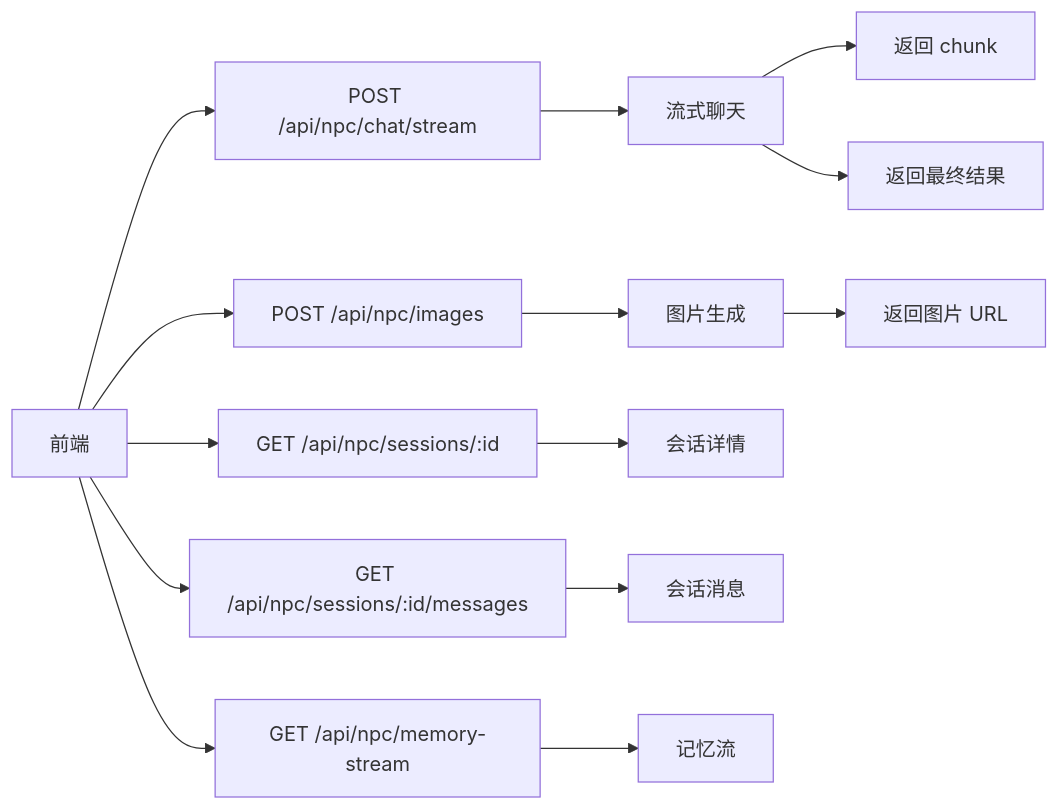
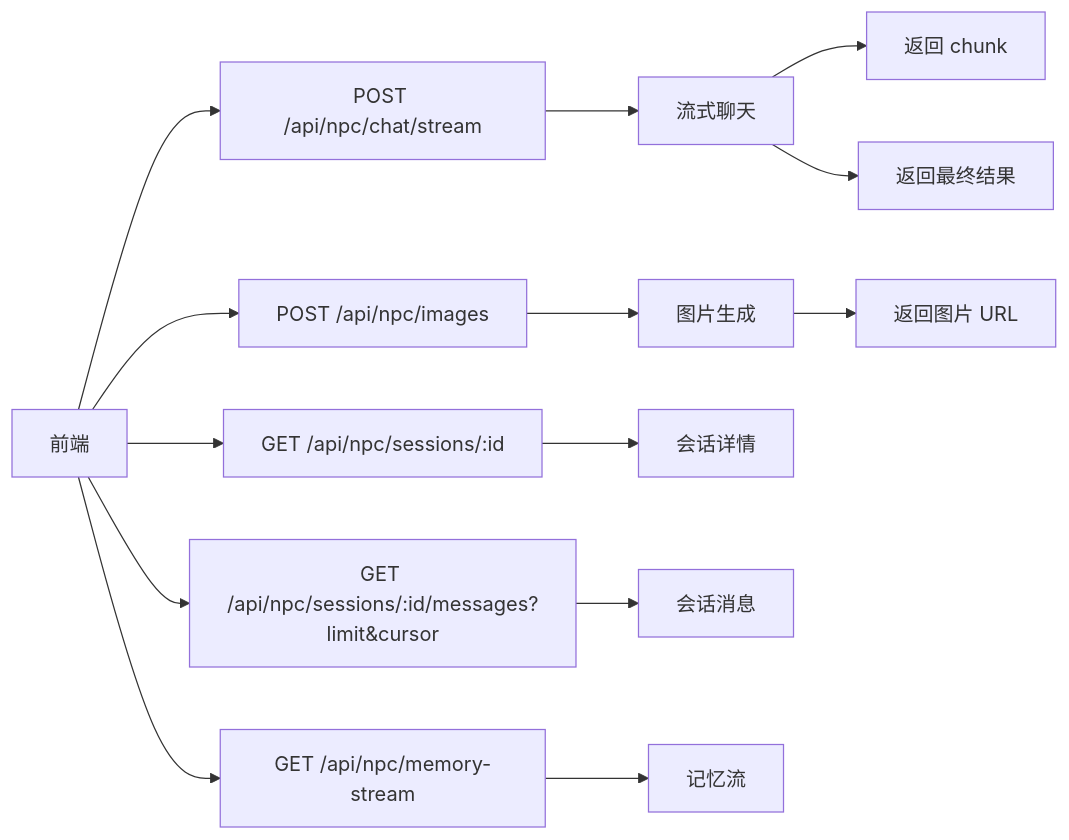
One commit to SaltedFish-No1/npc changed the eighth of 10 diagrams in web/docs/web-arch.md. Above: the diagram before and after it, drawn with Mermaid. The commit also changed other lines of this file and 14 other files, not shown here.

````diff
--- a/web/docs/web-arch.md
+++ b/web/docs/web-arch.md
@@ -205,16 +206,16 @@
 ```mermaid
 flowchart LR
     A[前端] --> B[POST /api/npc/chat/stream]
     A --> C[POST /api/npc/images]
     A --> D[GET /api/npc/sessions/:id]
-    A --> E[GET /api/npc/sessions/:id/messages]
+    A --> E[GET /api/npc/sessions/:id/messages?limit&cursor]
     A --> F[GET /api/npc/memory-stream]
     B --> G[流式聊天]
     C --> H[图片生成]
     D --> I[会话详情]
     E --> J[会话消息]
     F --> K[记忆流]
     G --> L[返回 chunk]
     G --> M[返回最终结果]
     H --> N[返回图片 URL]
 ```
````
